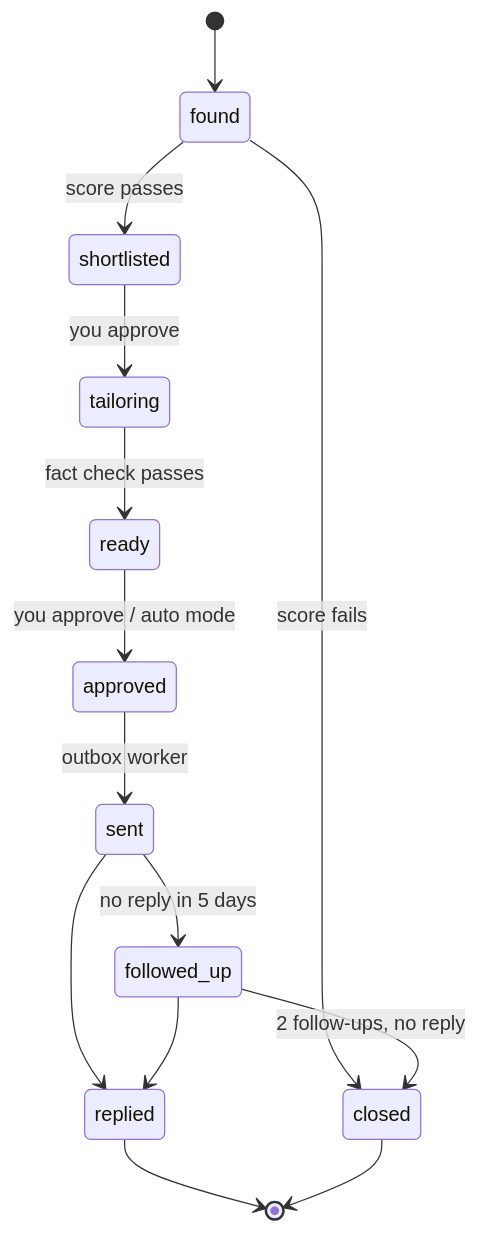
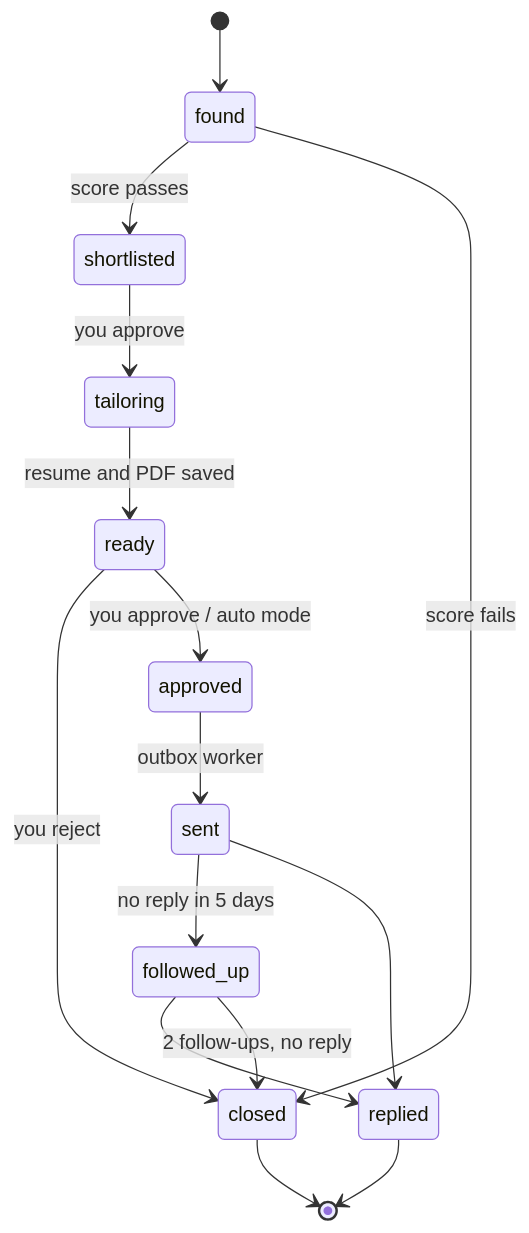
Before and after one commit to yashsm01/Auto-Employment: the second of 2 diagrams in docs/PROCESS_FLOW.md, drawn with Mermaid. The commit also changed other lines of this file and 57 other files, not shown here.

First line of the commit message:
Add resume tailoring features and review functionality

````diff
--- a/docs/PROCESS_FLOW.md
+++ b/docs/PROCESS_FLOW.md
@@ -46,16 +47,17 @@
 ```mermaid
 stateDiagram-v2
     [*] --> found
     found --> shortlisted: score passes
     found --> closed: score fails
     shortlisted --> tailoring: you approve
-    tailoring --> ready: fact check passes
+    tailoring --> ready: resume and PDF saved
+    ready --> closed: you reject
     ready --> approved: you approve / auto mode
     approved --> sent: outbox worker
     sent --> followed_up: no reply in 5 days
     sent --> replied
     followed_up --> replied
     followed_up --> closed: 2 follow-ups, no reply
     replied --> [*]
     closed --> [*]
 ```
````
